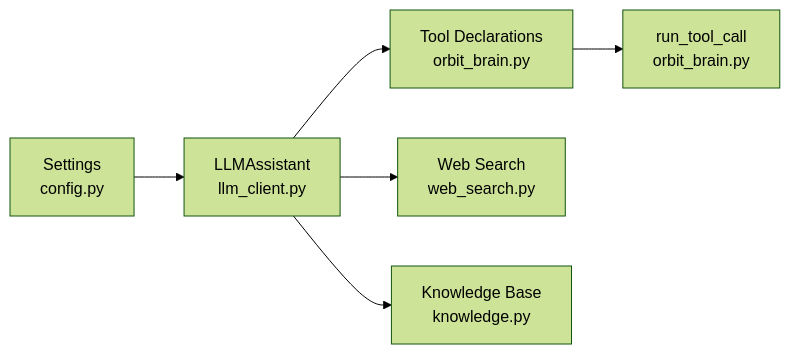
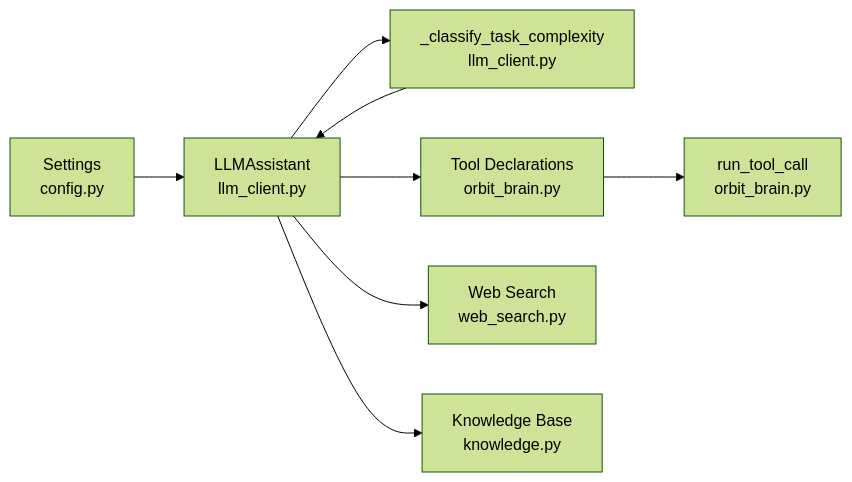
One commit to Sovetsky-Soyuz/AI-Assistant changed the sixth of 6 diagrams in .qoder/repowiki/en/content/Backend Components/LLM Integration Layer/OpenRouter and OpenAI-Compatible Providers.md. Above: the diagram before and after it, drawn with Mermaid (forest theme). The commit also changed other lines of this file and 10 other files, not shown here.

````diff
--- a/.qoder/repowiki/en/content/Backend Components/LLM Integration Layer/OpenRouter and OpenAI-Compatible Providers.md
+++ b/.qoder/repowiki/en/content/Backend Components/LLM Integration Layer/OpenRouter and OpenAI-Compatible Providers.md
@@ -243,8 +310,10 @@
 ```mermaid
 graph LR
 CFG["Settings<br/>config.py"] --> LLM["LLMAssistant<br/>llm_client.py"]
+LLM --> ROUTER["_classify_task_complexity<br/>llm_client.py"]
 LLM --> BRAIN["Tool Declarations<br/>orbit_brain.py"]
 LLM --> WSRCH["Web Search<br/>web_search.py"]
 LLM --> KBASE["Knowledge Base<br/>knowledge.py"]
 BRAIN --> RUN["run_tool_call<br/>orbit_brain.py"]
+ROUTER --> LLM
 ```
````
